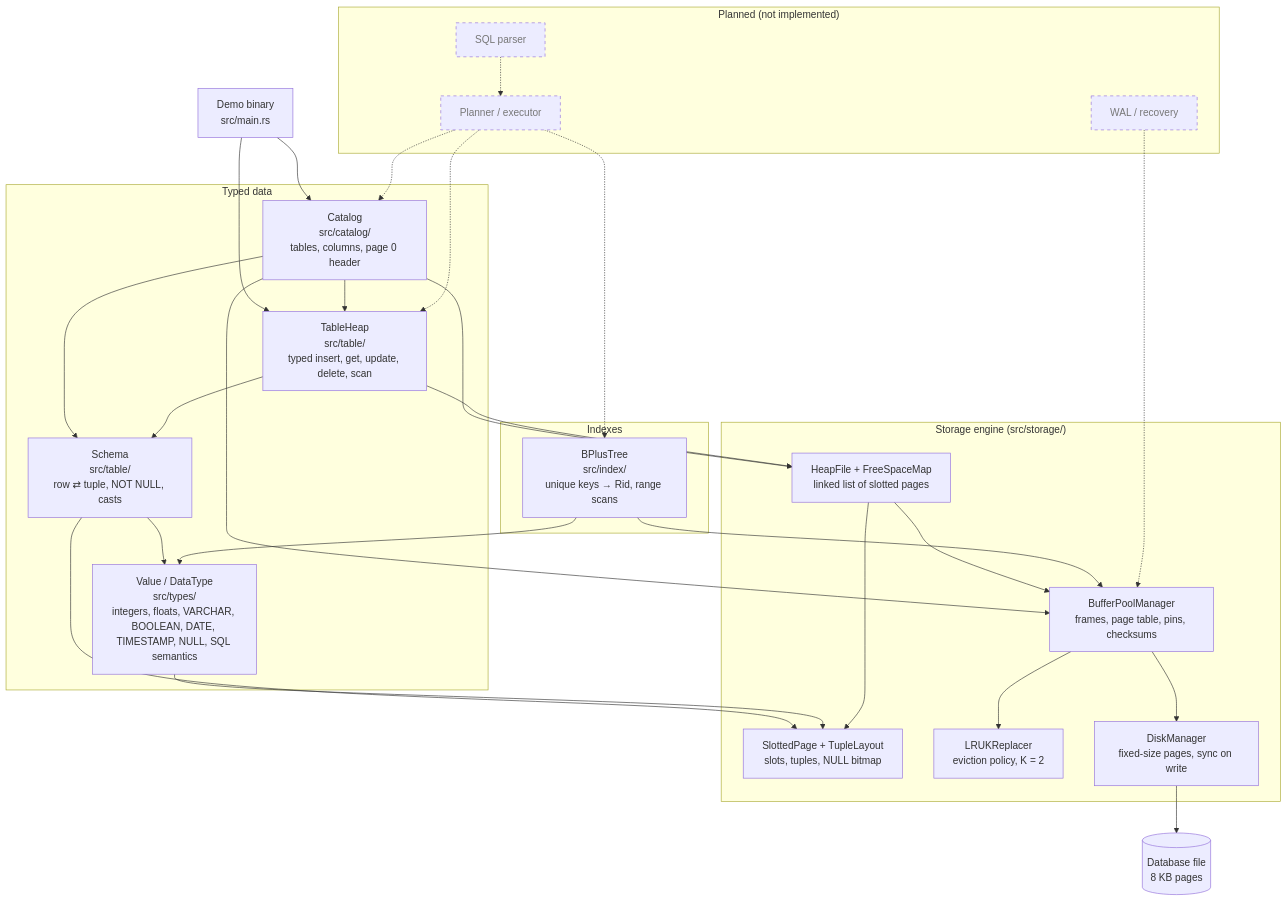
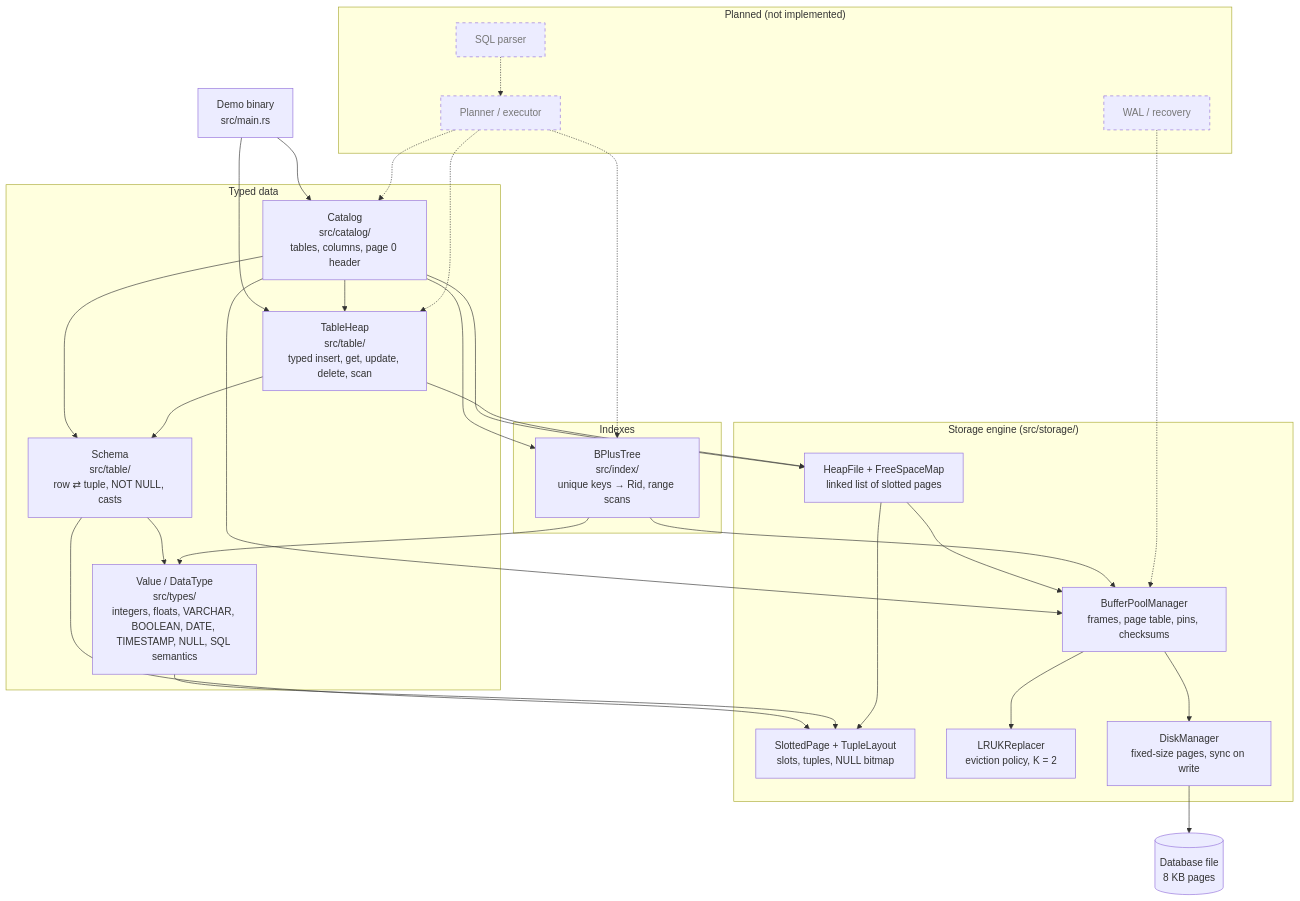
The diagram in docs/architecture.md (RodrigoGrz/ferro-db), drawn with Mermaid before and after one commit. The commit also changed other lines of this file and 10 other files, not shown here.

````diff
--- a/docs/architecture.md
+++ b/docs/architecture.md
@@ -9,58 +9,59 @@
 ```mermaid
 flowchart TD
     demo["Demo binary<br/>src/main.rs"]
 
     subgraph upper["Typed data"]
         catalog["Catalog<br/>src/catalog/<br/>tables, columns, page 0 header"]
         tableheap["TableHeap<br/>src/table/<br/>typed insert, get, update, delete, scan"]
         schema["Schema<br/>src/table/<br/>row ⇄ tuple, NOT NULL, casts"]
         types["Value / DataType<br/>src/types/<br/>integers, floats, VARCHAR, BOOLEAN, DATE, TIMESTAMP, NULL, SQL semantics"]
     end
 
     subgraph indexes["Indexes"]
         btree["BPlusTree<br/>src/index/<br/>unique keys → Rid, range scans"]
     end
 
     subgraph storage["Storage engine (src/storage/)"]
         heap["HeapFile + FreeSpaceMap<br/>linked list of slotted pages"]
         slotted["SlottedPage + TupleLayout<br/>slots, tuples, NULL bitmap"]
         bpm["BufferPoolManager<br/>frames, page table, pins, checksums"]
         replacer["LRUKReplacer<br/>eviction policy, K = 2"]
         disk["DiskManager<br/>fixed-size pages, sync on write"]
     end
 
     file[("Database file<br/>8 KB pages")]
 
     demo --> catalog
     demo --> tableheap
     catalog --> tableheap
     catalog --> heap
     catalog --> schema
     tableheap --> schema
     tableheap --> heap
     schema --> types
     schema --> slotted
     types --> slotted
     heap --> slotted
     heap --> bpm
     catalog --> bpm
+    catalog --> btree
     btree --> types
     btree --> bpm
     bpm --> replacer
     bpm --> disk
     disk --> file
 
     subgraph planned["Planned (not implemented)"]
         sql["SQL parser"]
         planner["Planner / executor"]
         wal["WAL / recovery"]
     end
     sql -.-> planner
     planner -.-> catalog
     planner -.-> tableheap
     planner -.-> btree
     wal -.-> bpm
 
     classDef plannedNode stroke-dasharray: 5 5,color:#777
     class sql,planner,wal plannedNode
 ```
````
